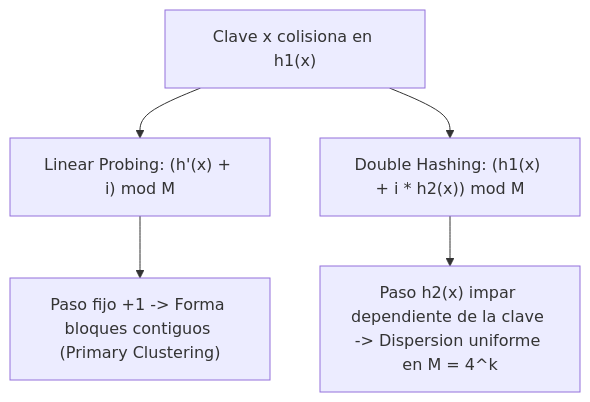
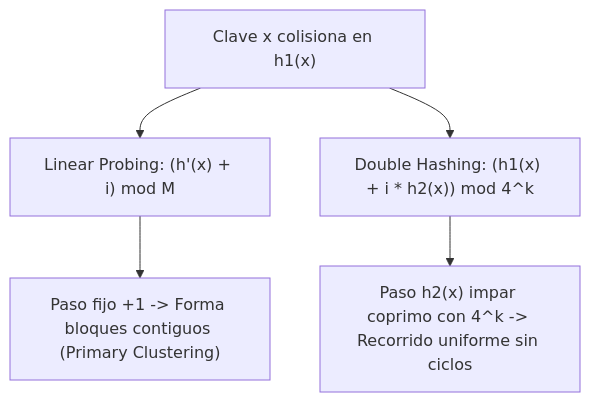
One commit to AndreTrigoso/ProyectoEDA2 changed the second of 4 diagrams in Informe_Proyecto_EDA.md. Above: the diagram before and after it, drawn with Mermaid. The commit also changed other lines of this file and 5 other files, not shown here.

````diff
--- a/Informe_Proyecto_EDA.md
+++ b/Informe_Proyecto_EDA.md
@@ -81,7 +64,7 @@
 ```mermaid
 flowchart TD
     K["Clave x colisiona en h1(x)"] --> LP["Linear Probing: (h'(x) + i) mod M"]
-    K --> DH["Double Hashing: (h1(x) + i * h2(x)) mod M"]
+    K --> DH["Double Hashing: (h1(x) + i * h2(x)) mod 4^k"]
     LP --> LP1["Paso fijo +1 -> Forma bloques contiguos (Primary Clustering)"]
-    DH --> DH1["Paso h2(x) impar dependiente de la clave -> Dispersion uniforme en M = 4^k"]
+    DH --> DH1["Paso h2(x) impar coprimo con 4^k -> Recorrido uniforme sin ciclos"]
 ```
````
